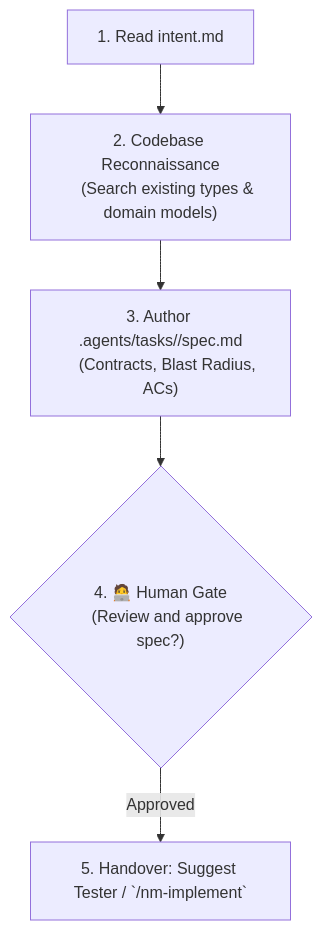
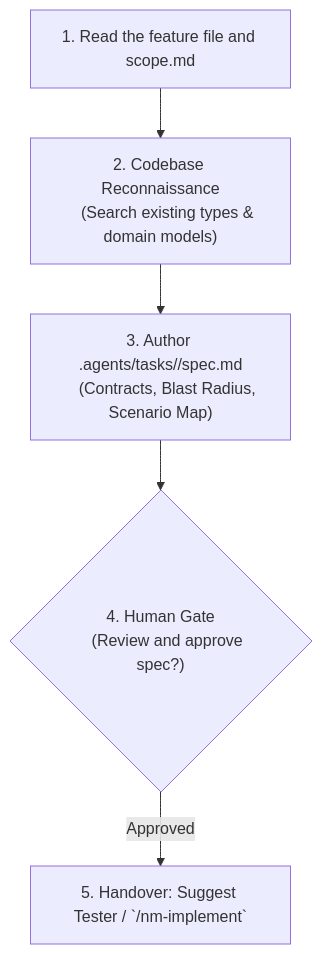
The diagram in .agents/skills/nm-specify/SKILL.md (jiva-studio/numen), drawn with Mermaid before and after one commit. The commit also changed other lines of this file, not shown here.

First line of the commit message:
Make nm-specify read the feature file and map scenarios to tests

````diff
--- a/.agents/skills/nm-specify/SKILL.md
+++ b/.agents/skills/nm-specify/SKILL.md
@@ -10,10 +10,10 @@
 ```mermaid
 flowchart TD
-    ReadIntent["1. Read intent.md"] --> Recon["2. Codebase Reconnaissance
+    ReadFeature["1. Read the feature file and scope.md"] --> Recon["2. Codebase Reconnaissance
     (Search existing types & domain models)"]
     Recon --> WriteSpec["3. Author .agents/tasks/<slug>/spec.md
-    (Contracts, Blast Radius, ACs)"]
-    WriteSpec --> Checkpoint{"4. 🧑‍💻 Human Gate
+    (Contracts, Blast Radius, Scenario Map)"]
+    WriteSpec --> Checkpoint{"4. Human Gate
     (Review and approve spec?)"}
     Checkpoint -->|"Approved"| NextStep["5. Handover: Suggest Tester / `/nm-implement`"]
 ```
````
